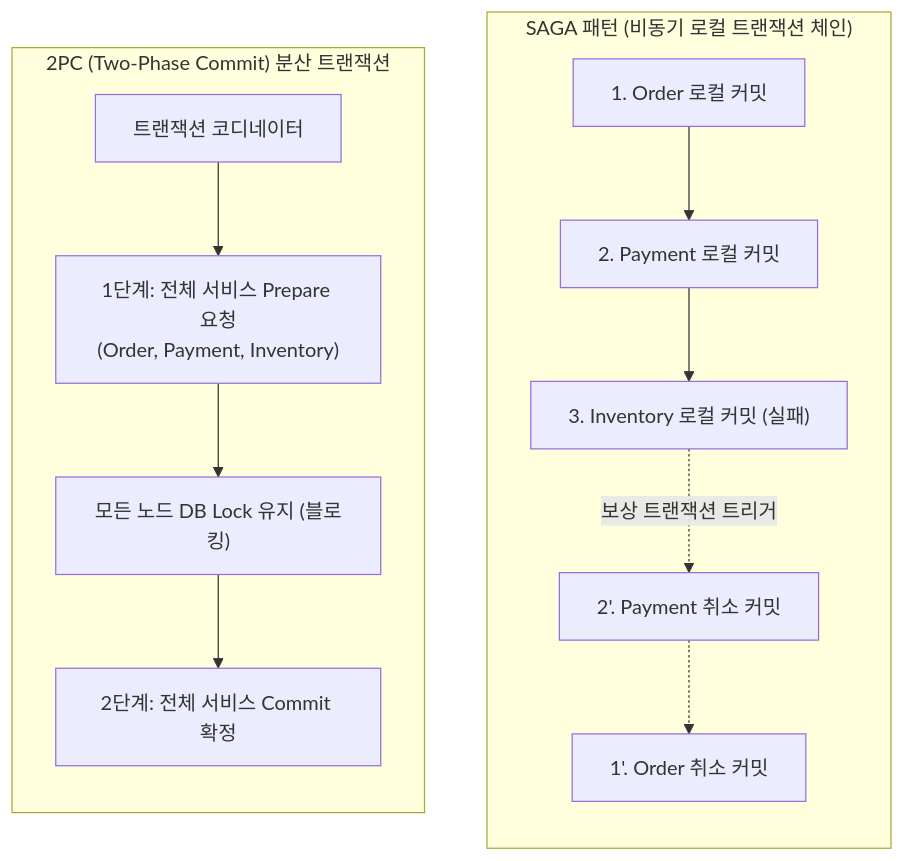
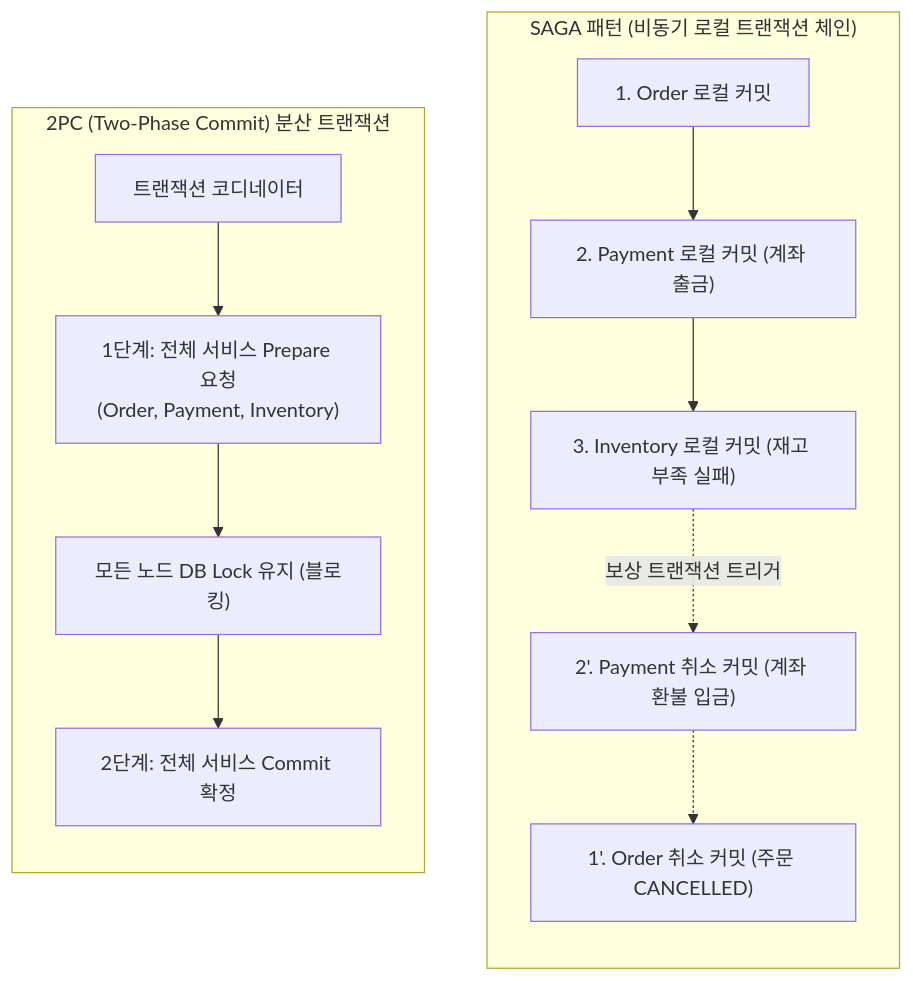
The first of 2 diagrams in backend/[20260819]_[SAGA 패턴을 활용한 분산 트랜잭션 구현]_[Spring, Kafka]_[spring.png]_[SAGA 패턴과 보상 트랜잭션으로 분산 데이터 일관성 보장하기].md (yeondububub/blog), drawn with Mermaid before and after one commit. The commit also changed other lines of this file and 1 other file, not shown here.

````diff
--- a/backend/[20260819]_[SAGA 패턴을 활용한 분산 트랜잭션 구현]_[Spring, Kafka]_[spring.png]_[SAGA 패턴과 보상 트랜잭션으로 분산 데이터 일관성 보장하기].md
+++ b/backend/[20260819]_[SAGA 패턴을 활용한 분산 트랜잭션 구현]_[Spring, Kafka]_[spring.png]_[SAGA 패턴과 보상 트랜잭션으로 분산 데이터 일관성 보장하기].md
@@ -17,19 +17,19 @@
 ```mermaid
 flowchart LR
     subgraph Traditional_2PC ["2PC (Two-Phase Commit) 분산 트랜잭션"]
         direction TB
         Coord["트랜잭션 코디네이터"] --> P1["1단계: 전체 서비스 Prepare 요청<br/>(Order, Payment, Inventory)"]
         P1 --> Lock["모든 노드 DB Lock 유지 (블로킹)"]
         Lock --> P2["2단계: 전체 서비스 Commit 확정"]
     end
 
     subgraph SAGA_Flow ["SAGA 패턴 (비동기 로컬 트랜잭션 체인)"]
         direction TB
-        T1["1. Order 로컬 커밋"] --> T2["2. Payment 로컬 커밋"]
-        T2 --> T3["3. Inventory 로컬 커밋 (실패)"]
-        T3 -. "보상 트랜잭션 트리거" .-> C2["2'. Payment 취소 커밋"]
-        C2 -.-> C1["1'. Order 취소 커밋"]
+        T1["1. Order 로컬 커밋"] --> T2["2. Payment 로컬 커밋 (계좌 출금)"]
+        T2 --> T3["3. Inventory 로컬 커밋 (재고 부족 실패)"]
+        T3 -. "보상 트랜잭션 트리거" .-> C2["2'. Payment 취소 커밋 (계좌 환불 입금)"]
+        C2 -.-> C1["1'. Order 취소 커밋 (주문 CANCELLED)"]
     end
 
     Traditional_2PC ~~~ SAGA_Flow
 ```
````
